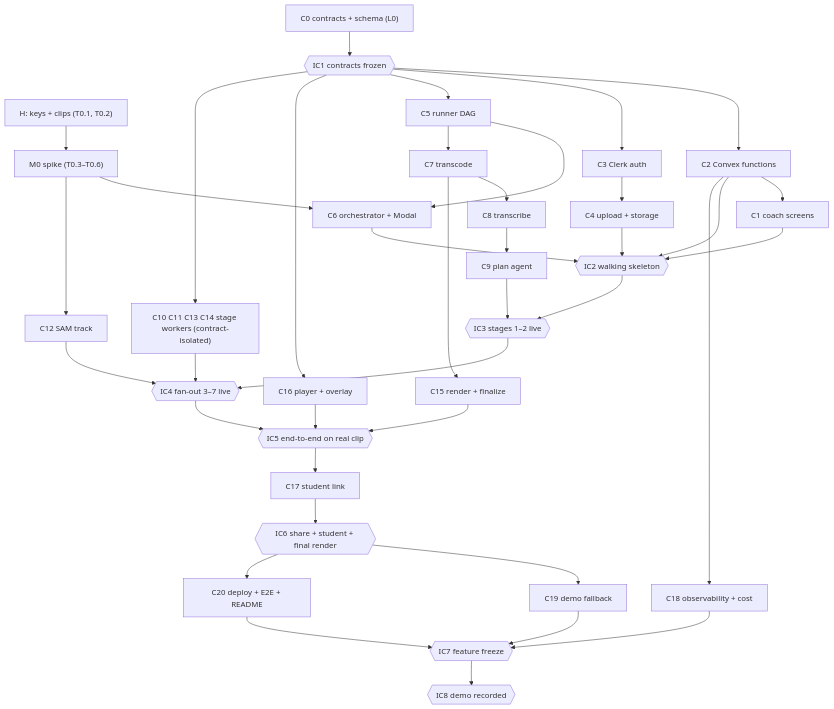
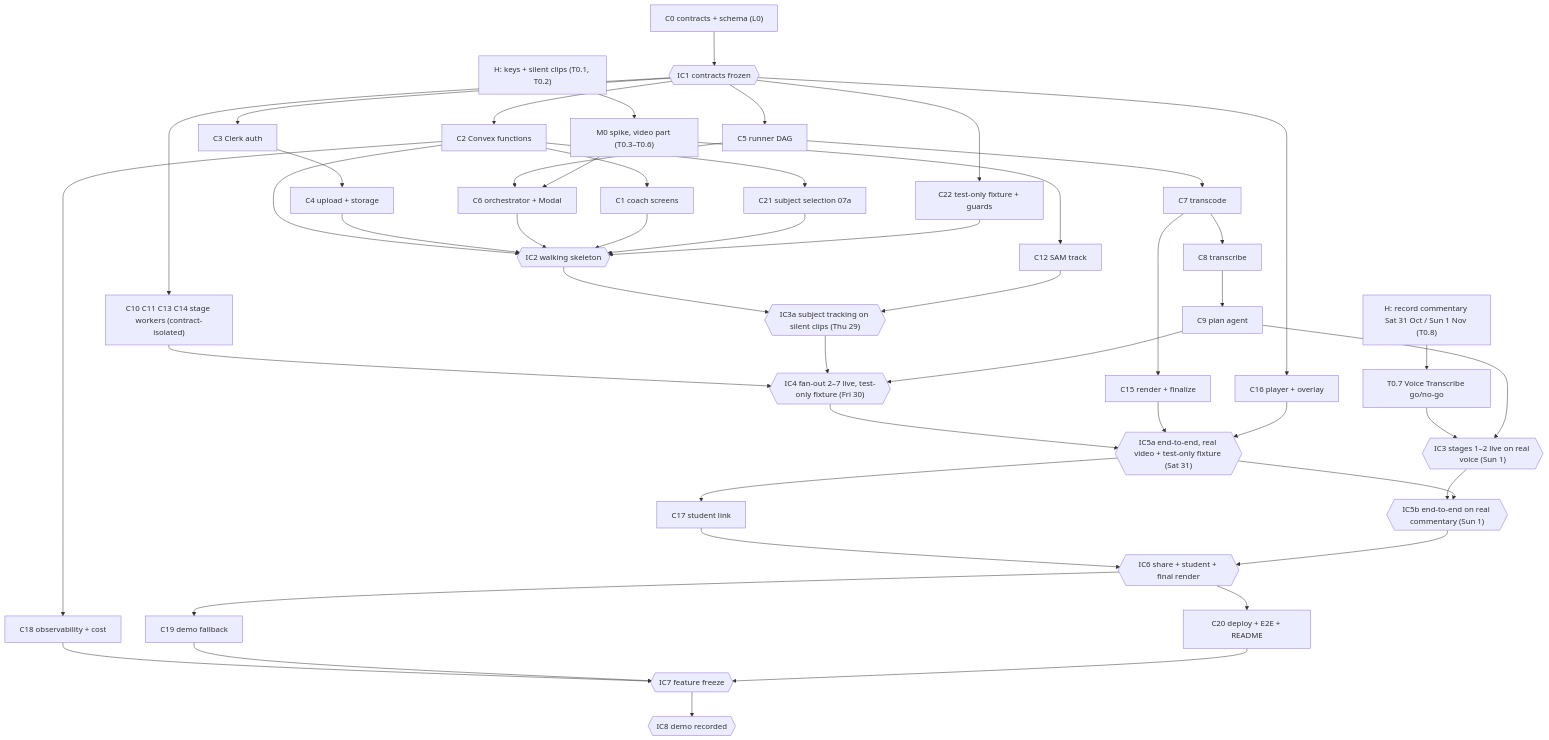
Before and after one commit to balasivagn/netsense: the diagram in WORKPLAN.md, drawn with Mermaid. The commit also changed other lines of this file and 9 other files, not shown here.

First line of the commit message:
Spec v1.1: one selected subject, no-voice testing, ready-to-test chunk

````diff
--- a/WORKPLAN.md
+++ b/WORKPLAN.md
@@ -46,36 +50,46 @@
 ```mermaid
 flowchart TD
-  H0["H: keys + clips (T0.1, T0.2)"] --> SP["M0 spike (T0.3–T0.6)"]
+  H0["H: keys + silent clips (T0.1, T0.2)"] --> SP["M0 spike, video part (T0.3–T0.6)"]
+  HV["H: record commentary Sat 31 Oct / Sun 1 Nov (T0.8)"] --> T07["T0.7 Voice Transcribe go/no-go"]
   C0["C0 contracts + schema (L0)"] --> IC1{{"IC1 contracts frozen"}}
   IC1 --> C2["C2 Convex functions"]
   IC1 --> C3["C3 Clerk auth"]
   IC1 --> C5["C5 runner DAG"]
   IC1 --> C16["C16 player + overlay"]
   IC1 --> STG["C10 C11 C13 C14 stage workers (contract-isolated)"]
+  IC1 --> C22["C22 test-only fixture + guards"]
+  C2 --> C21["C21 subject selection 07a"]
   C3 --> C4["C4 upload + storage"]
   C2 --> C1["C1 coach screens"]
   C5 --> C6["C6 orchestrator + Modal"]
   SP --> C6
   SP --> C12["C12 SAM track"]
   C5 --> C7["C7 transcode"] --> C8["C8 transcribe"] --> C9["C9 plan agent"]
   C2 --> IC2{{"IC2 walking skeleton"}}
   C4 --> IC2
   C6 --> IC2
   C1 --> IC2
-  C9 --> IC3{{"IC3 stages 1–2 live"}}
-  IC2 --> IC3
-  STG --> IC4{{"IC4 fan-out 3–7 live"}}
-  C12 --> IC4
-  IC3 --> IC4
+  C21 --> IC2
+  C22 --> IC2
+  IC2 --> IC3A{{"IC3a subject tracking on silent clips (Thu 29)"}}
+  C12 --> IC3A
+  STG --> IC4{{"IC4 fan-out 2–7 live, test-only fixture (Fri 30)"}}
+  IC3A --> IC4
+  C9 --> IC4
   C7 --> C15["C15 render + finalize"]
-  IC4 --> IC5{{"IC5 end-to-end on real clip"}}
-  C15 --> IC5
-  C16 --> IC5
-  IC5 --> C17["C17 student link"]
+  IC4 --> IC5A{{"IC5a end-to-end, real video + test-only fixture (Sat 31)"}}
+  C15 --> IC5A
+  C16 --> IC5A
+  T07 --> IC3{{"IC3 stages 1–2 live on real voice (Sun 1)"}}
+  C9 --> IC3
+  IC3 --> IC5B{{"IC5b end-to-end on real commentary (Sun 1)"}}
+  IC5A --> IC5B
+  IC5A --> C17["C17 student link"]
   C2 --> C18["C18 observability + cost"]
   C17 --> IC6{{"IC6 share + student + final render"}}
+  IC5B --> IC6
   C18 --> IC7{{"IC7 feature freeze"}}
   IC6 --> C19["C19 demo fallback"] --> IC7
   IC6 --> C20["C20 deploy + E2E + README"] --> IC7
   IC7 --> IC8{{"IC8 demo recorded"}}
 ```
````
